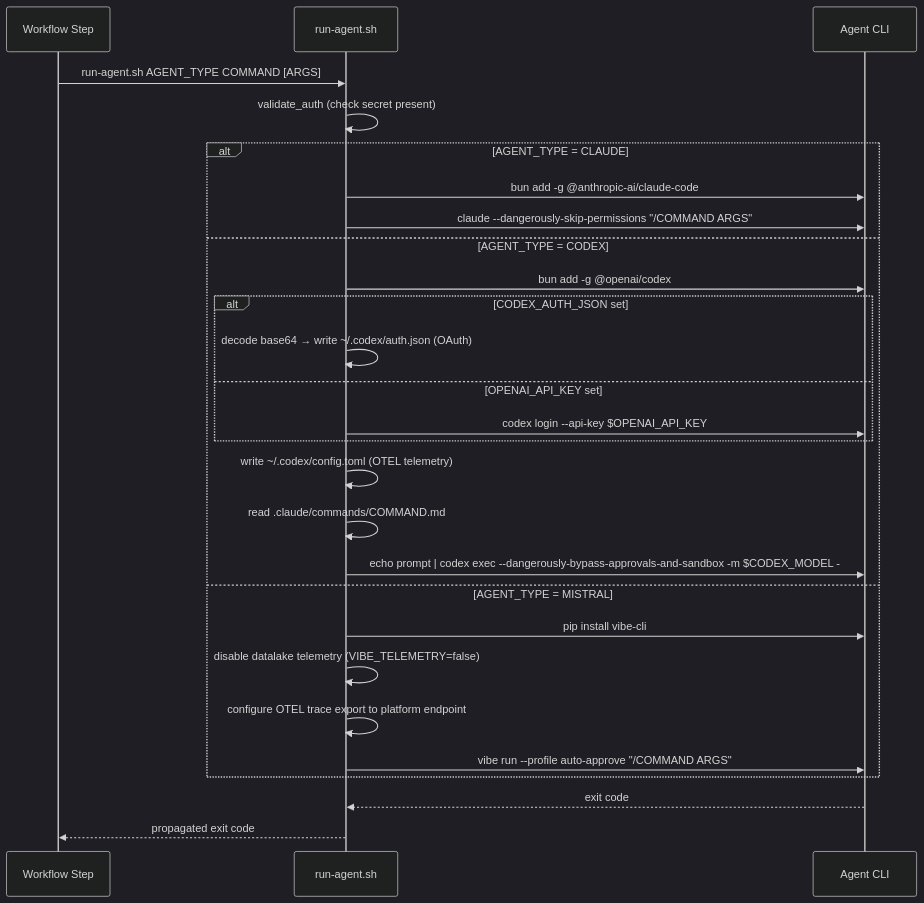
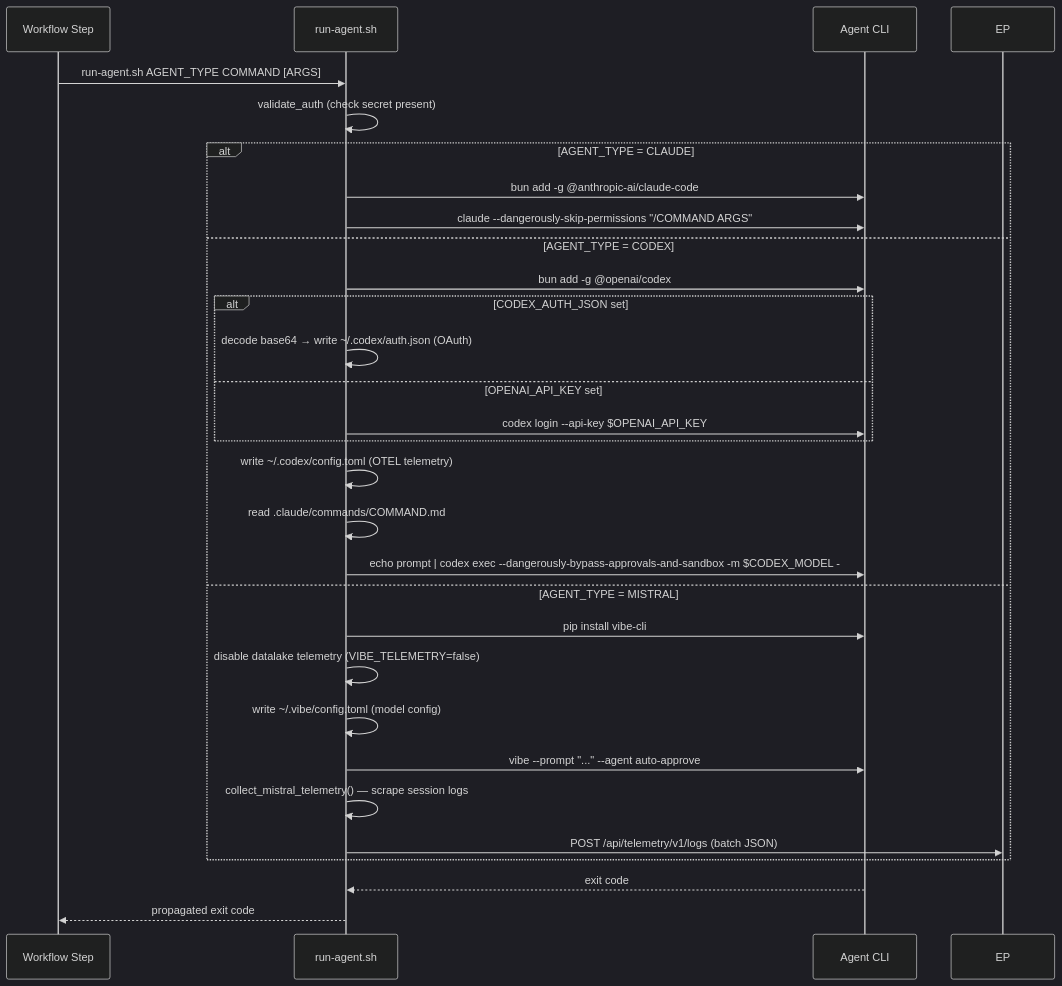
One commit to bfernandez31/ai-board changed the second of 5 diagrams in specs/specifications/technical/implementation/integrations.md. Above: the diagram before and after it, drawn with Mermaid (dark theme). The commit also changed other lines of this file and 1 other file, not shown here.

Commit message:
docs: update specs for Mistral batch telemetry

````diff
--- a/specs/specifications/technical/implementation/integrations.md
+++ b/specs/specifications/technical/implementation/integrations.md
@@ -492,30 +492,32 @@
 ```mermaid
 sequenceDiagram
     participant WF as Workflow Step
     participant RS as run-agent.sh
     participant CLI as Agent CLI
 
     WF->>RS: run-agent.sh AGENT_TYPE COMMAND [ARGS]
     RS->>RS: validate_auth (check secret present)
     alt AGENT_TYPE = CLAUDE
         RS->>CLI: bun add -g @anthropic-ai/claude-code
         RS->>CLI: claude --dangerously-skip-permissions "/COMMAND ARGS"
     else AGENT_TYPE = CODEX
         RS->>CLI: bun add -g @openai/codex
         alt CODEX_AUTH_JSON set
             RS->>RS: decode base64 → write ~/.codex/auth.json (OAuth)
         else OPENAI_API_KEY set
             RS->>CLI: codex login --api-key $OPENAI_API_KEY
         end
         RS->>RS: write ~/.codex/config.toml (OTEL telemetry)
         RS->>RS: read .claude/commands/COMMAND.md
         RS->>CLI: echo prompt | codex exec --dangerously-bypass-approvals-and-sandbox -m $CODEX_MODEL -
     else AGENT_TYPE = MISTRAL
         RS->>CLI: pip install vibe-cli
         RS->>RS: disable datalake telemetry (VIBE_TELEMETRY=false)
-        RS->>RS: configure OTEL trace export to platform endpoint
-        RS->>CLI: vibe run --profile auto-approve "/COMMAND ARGS"
+        RS->>RS: write ~/.vibe/config.toml (model config)
+        RS->>CLI: vibe --prompt "..." --agent auto-approve
+        RS->>RS: collect_mistral_telemetry() — scrape session logs
+        RS->>EP: POST /api/telemetry/v1/logs (batch JSON)
     end
     CLI-->>RS: exit code
     RS-->>WF: propagated exit code
 ```
````
